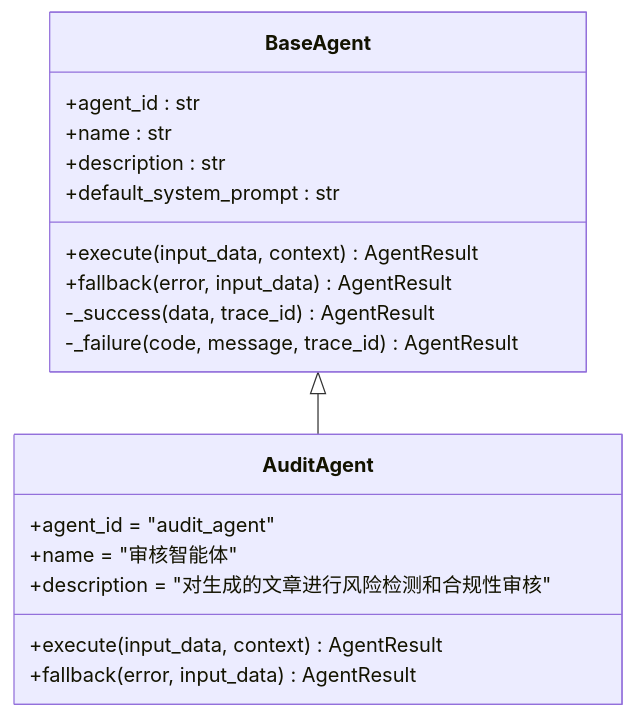
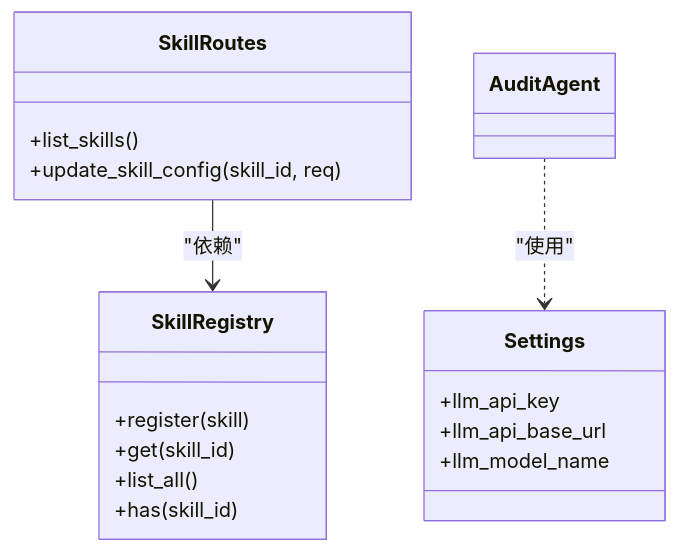
One commit to sansansansansan2022-web/hotclaw changed the fifth of 7 diagrams in .qoder/repowiki/zh/content/技能系统/内置技能实现/风险检测技能.md. Above: the diagram before and after it, drawn with Mermaid. The commit also changed other lines of this file and 288 other files, not shown here.

````diff
--- a/.qoder/repowiki/zh/content/技能系统/内置技能实现/风险检测技能.md
+++ b/.qoder/repowiki/zh/content/技能系统/内置技能实现/风险检测技能.md
@@ -163,21 +218,20 @@
 ```mermaid
 classDiagram
-class BaseAgent {
-+agent_id : str
-+name : str
-+description : str
-+default_system_prompt : str
-+execute(input_data, context) AgentResult
-+fallback(error, input_data) AgentResult
--_success(data, trace_id) AgentResult
--_failure(code, message, trace_id) AgentResult
+class SkillRegistry {
++register(skill)
++get(skill_id)
++list_all()
++has(skill_id)
 }
-class AuditAgent {
-+agent_id = "audit_agent"
-+name = "审核智能体"
-+description = "对生成的文章进行风险检测和合规性审核"
-+execute(input_data, context) AgentResult
-+fallback(error, input_data) AgentResult
+class SkillRoutes {
++list_skills()
++update_skill_config(skill_id, req)
 }
-BaseAgent <|-- AuditAgent
+class Settings {
++llm_api_key
++llm_api_base_url
++llm_model_name
+}
+SkillRoutes --> SkillRegistry : "依赖"
+AuditAgent ..> Settings : "使用"
 ```
````
